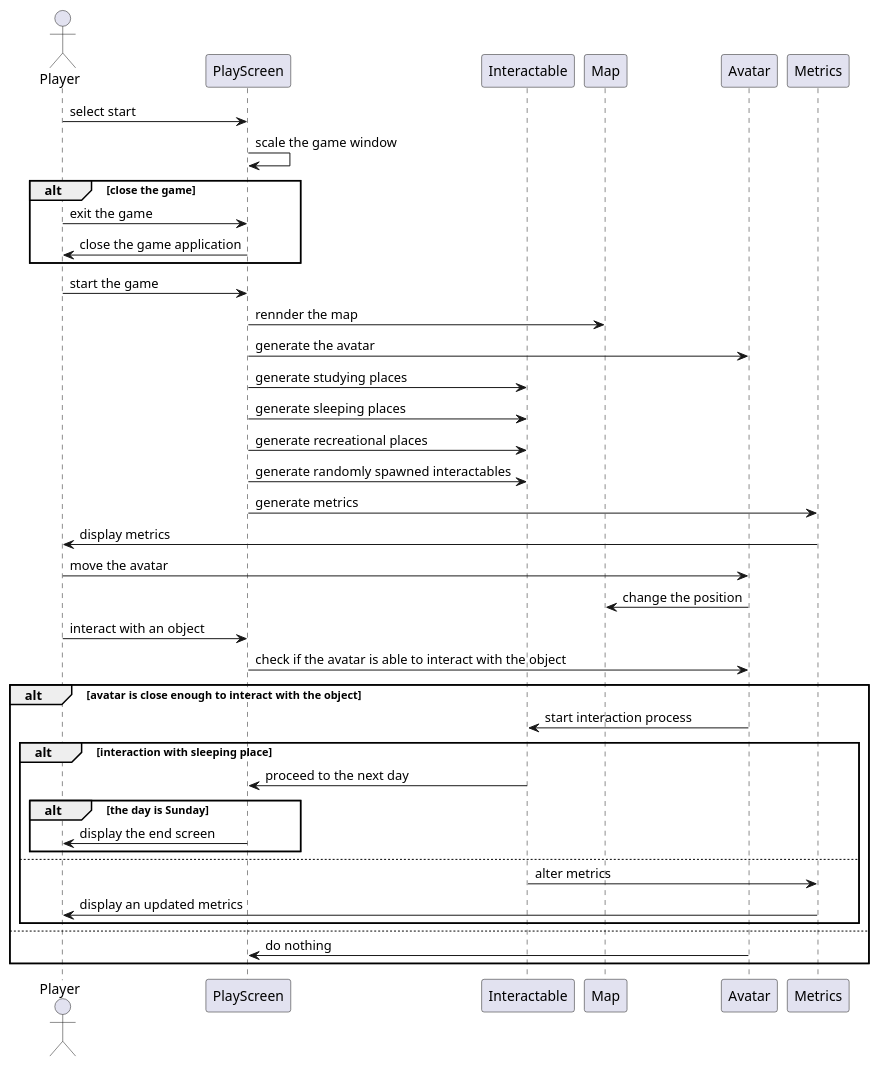
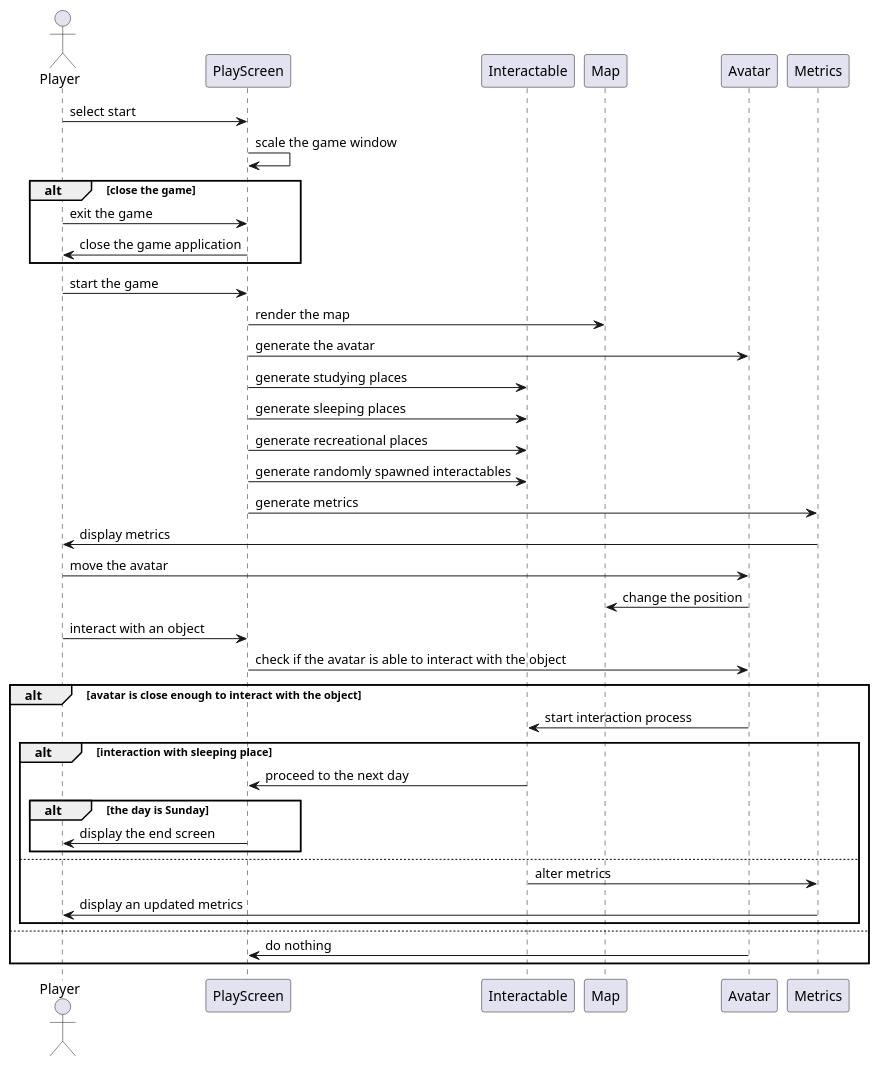
One commit to ENG1-Group-23/A1-website changed the diagram in sequence-diagrams/sources/latest.puml. Above: the diagram before and after it, drawn with PlantUML. The commit also changed 8 other files, not shown here.

Commit message:
Added Gantt chart; fixed sequence diagram

```diff
--- a/sequence-diagrams/sources/latest.puml
+++ b/sequence-diagrams/sources/latest.puml
@@ -1,39 +1,39 @@
 @startuml
 actor Player as Player
 participant PlayScreen as Game  
 participant Interactable as Object
 
 Player -> Game: select start 
 Game -> Game: scale the game window
 alt close the game
  Player -> Game: exit the game
  Game -> Player: close the game application
 end
 Player -> Game: start the game
-Game -> Map: rennder the map
+Game -> Map: render the map
 Game -> Avatar: generate the avatar
 Game -> Object: generate studying places
 Game -> Object: generate sleeping places
 Game -> Object: generate recreational places
 Game -> Object: generate randomly spawned interactables
 Game -> Metrics: generate metrics
 Metrics -> Player: display metrics
 Player -> Avatar: move the avatar
 Avatar -> Map: change the position
 Player -> Game: interact with an object
 Game -> Avatar: check if the avatar is able to interact with the object
 alt avatar is close enough to interact with the object
  Avatar -> Object: start interaction process
  alt interaction with sleeping place
   Object -> Game: proceed to the next day
    alt the day is Sunday
     Game -> Player: display the end screen
    end
  else
   Object -> Metrics: alter metrics
   Metrics -> Player: display an updated metrics
  end
 else
  Avatar -> Game: do nothing
 end
 @enduml
```
